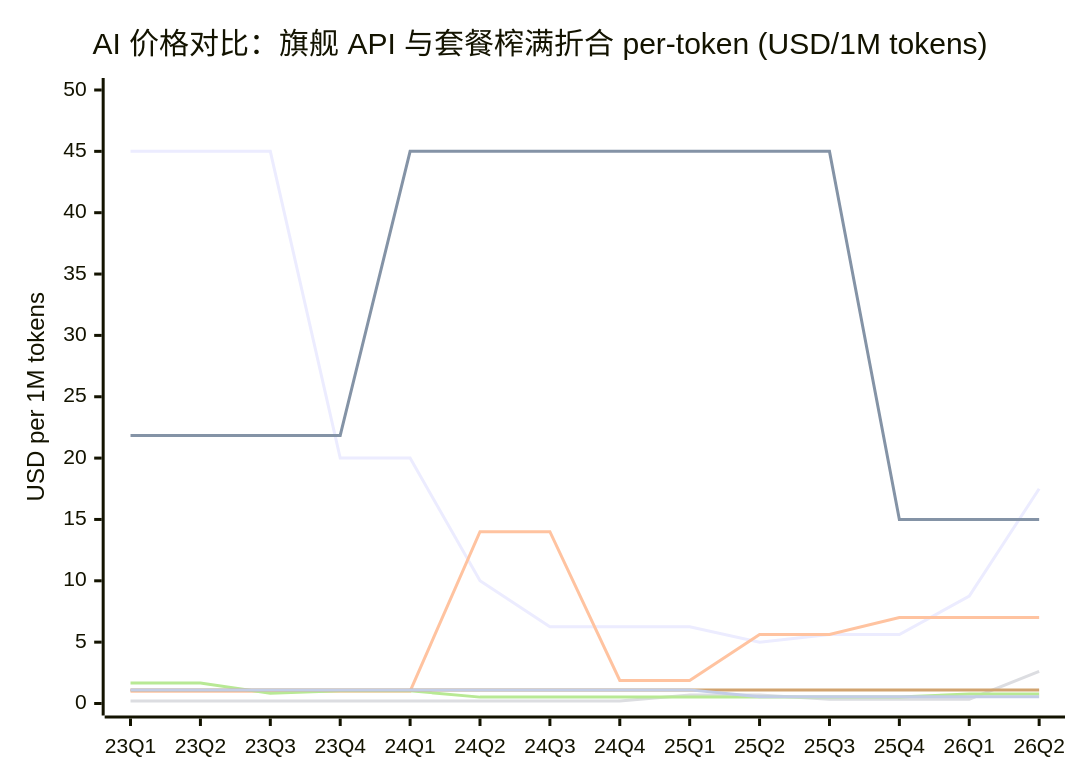
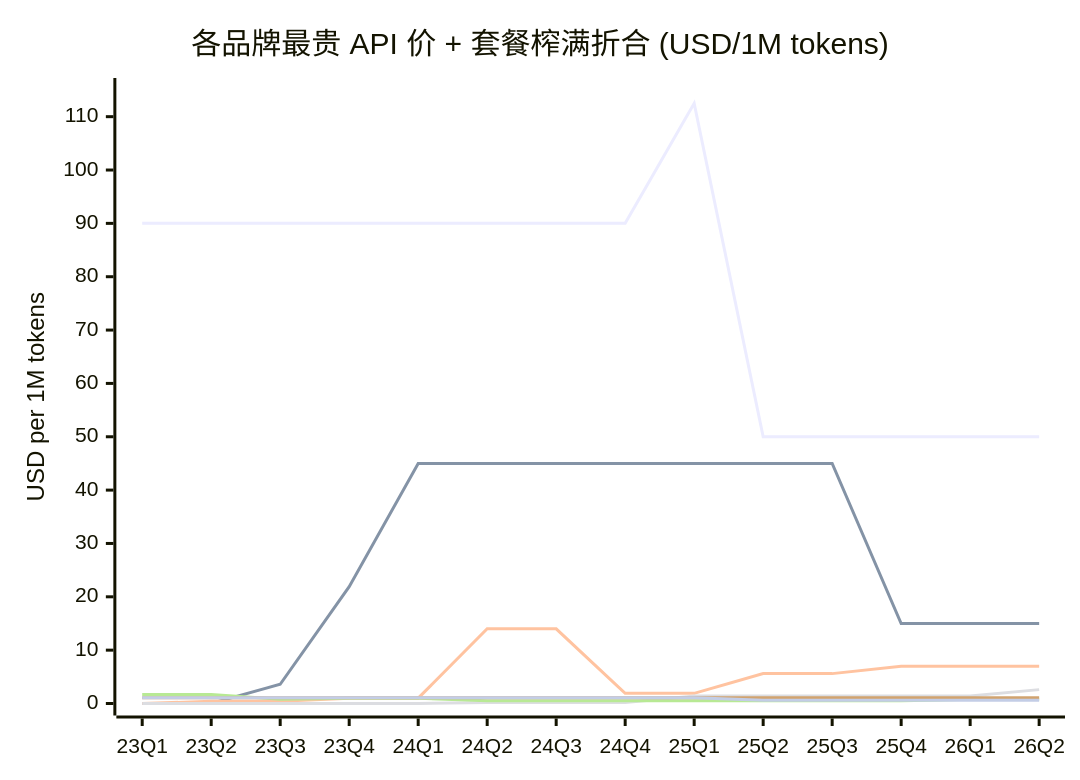
Before and after one commit to AI-LLM/Controversy: the diagram in token-price.md, drawn with Mermaid. The commit also changed other lines of this file and 3 other files, not shown here.

Commit message:
“旗舰”重新定义为同一厂家在同一时段最贵的模型变体（gpt-3/4/4o,claude sonnet/opus之类）和版本，而不是一直钉死某个变体或版本。套餐价假设为都用这个最贵的。图表要看到各品牌卖得最贵的价格随时间的变化

````diff
--- a/token-price.md
+++ b/token-price.md
@@ -29,13 +31,13 @@
 ```mermaid
 xychart-beta
-    title "AI 价格对比：旗舰 API 与套餐榨满折合 per-token (USD/1M tokens)"
+    title "各品牌最贵 API 价 + 套餐榨满折合 (USD/1M tokens)"
     x-axis [23Q1, 23Q2, 23Q3, 23Q4, 24Q1, 24Q2, 24Q3, 24Q4, 25Q1, 25Q2, 25Q3, 25Q4, 26Q1, 26Q2]
-    y-axis "USD per 1M tokens" 0 --> 50
-    line [45.00, 45.00, 45.00, 20.00, 20.00, 10.00, 6.25, 6.25, 6.25, 5.00, 5.62, 5.62, 8.75, 17.50]
-    line [21.85, 21.85, 21.85, 21.85, 45.00, 45.00, 45.00, 45.00, 45.00, 45.00, 45.00, 15.00, 15.00, 15.00]
-    line [1.00, 1.00, 1.00, 1.00, 1.00, 14.00, 14.00, 1.88, 1.88, 5.62, 5.62, 7.00, 7.00, 7.00]
-    line [0.21, 0.21, 0.21, 0.21, 0.21, 0.21, 0.21, 0.21, 0.69, 0.69, 0.35, 0.35, 0.35, 2.61]
-    line [1.67, 1.67, 0.83, 1.04, 1.04, 0.52, 0.52, 0.52, 0.52, 0.52, 0.52, 0.52, 0.78, 0.78]
-    line [1.11, 1.11, 1.11, 1.11, 1.11, 1.11, 1.11, 1.11, 1.11, 1.11, 1.11, 1.11, 1.11, 1.11]
-    line [1.11, 1.11, 1.11, 1.11, 1.11, 1.11, 1.11, 1.11, 1.11, 0.56, 0.56, 0.56, 0.56, 0.56]
+    y-axis "USD per 1M tokens" 0 --> 115
+    line [90.0, 90.0, 90.0, 90.0, 90.0, 90.0, 90.0, 90.0, 112.5, 50.0, 50.0, 50.0, 50.0, 50.0]
+    line [0.0, 0.0, 3.6, 21.9, 45.0, 45.0, 45.0, 45.0, 45.0, 45.0, 45.0, 15.0, 15.0, 15.0]
+    line [0.0, 0.4, 0.4, 1.0, 1.0, 14.0, 14.0, 1.9, 1.9, 5.6, 5.6, 7.0, 7.0, 7.0]
+    line [0.0, 0.0, 0.0, 0.0, 0.0, 0.2, 0.2, 0.2, 1.4, 1.4, 1.4, 1.4, 1.4, 2.6]
+    line [1.7, 1.7, 0.8, 1.0, 1.0, 0.5, 0.5, 0.5, 0.5, 0.5, 0.5, 0.5, 0.8, 0.8]
+    line [1.1, 1.1, 1.1, 1.1, 1.1, 1.1, 1.1, 1.1, 1.1, 1.1, 1.1, 1.1, 1.1, 1.1]
+    line [1.1, 1.1, 1.1, 1.1, 1.1, 1.1, 1.1, 1.1, 1.1, 0.6, 0.6, 0.6, 0.6, 0.6]
 ```
````
